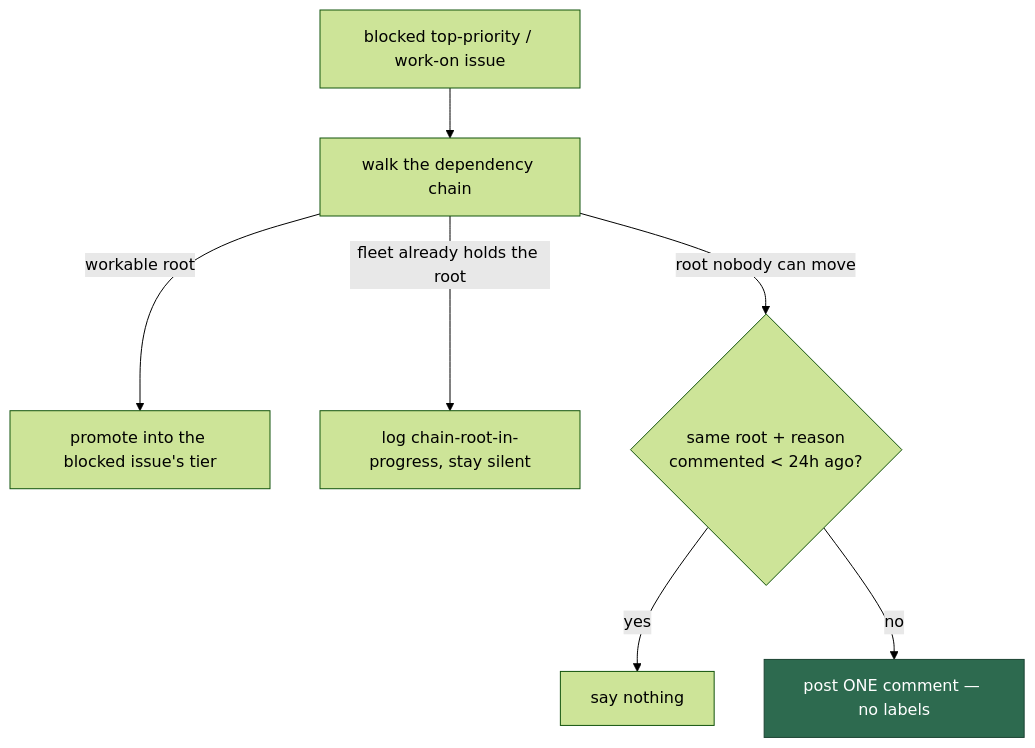
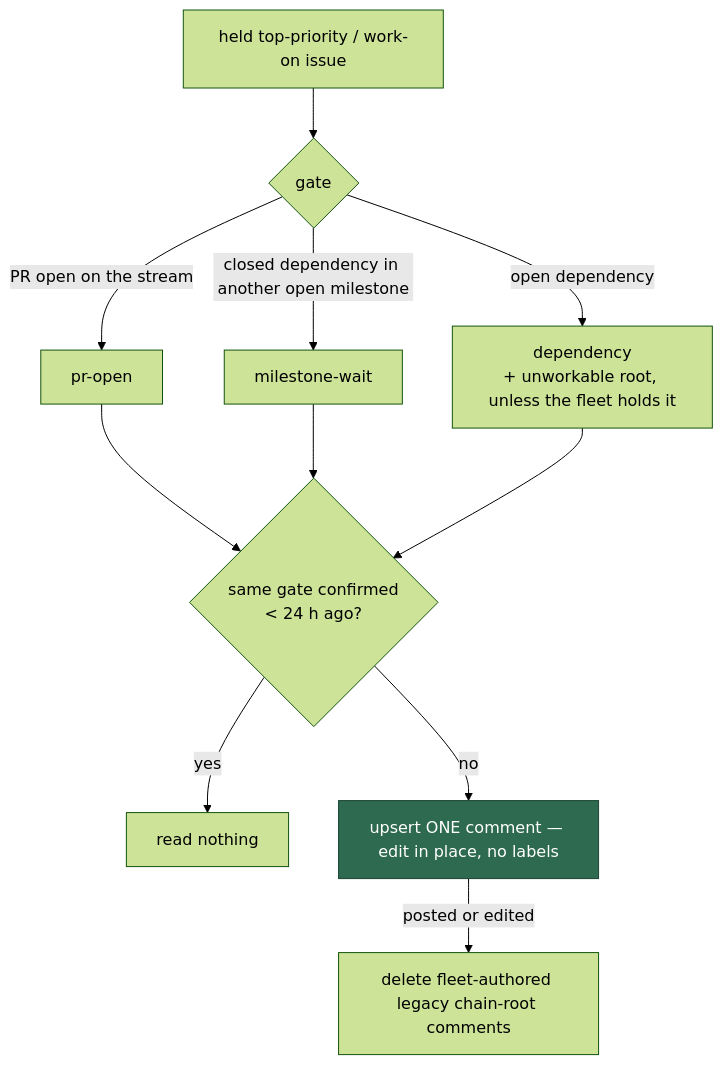
One commit to stSoftwareAU/VibeCoder changed diagram 26 of 43 in docs/INTERNALS.md. Above: the diagram before and after it, drawn with Mermaid (forest theme). The commit also changed other lines of this file and 9 other files, not shown here.

````diff
--- a/docs/INTERNALS.md
+++ b/docs/INTERNALS.md
@@ -2865,10 +2876,14 @@
 ```mermaid
 flowchart TD
-    A[blocked top-priority / work-on issue] --> B[walk the dependency chain]
-    B -->|workable root| C[promote into the blocked issue's tier]
-    B -->|fleet already holds the root| D[log chain-root-in-progress, stay silent]
-    B -->|root nobody can move| E{same root + reason<br/>commented < 24h ago?}
-    E -->|yes| F[say nothing]
-    E -->|no| G[post ONE comment — no labels]
-    style G fill:#2d6a4f,stroke:#1b4332,color:#fff
+    A[held top-priority / work-on issue] --> B{gate}
+    B -->|PR open on the stream| C[pr-open]
+    B -->|closed dependency in another open milestone| D[milestone-wait]
+    B -->|open dependency| E[dependency<br/>+ unworkable root, unless the fleet holds it]
+    C --> F{same gate confirmed<br/>< 24 h ago?}
+    D --> F
+    E --> F
+    F -->|yes| G[read nothing]
+    F -->|no| H[upsert ONE comment — edit in place, no labels]
+    H -->|posted or edited| I[delete fleet-authored legacy chain-root comments]
+    style H fill:#2d6a4f,stroke:#1b4332,color:#fff
 ```
````
